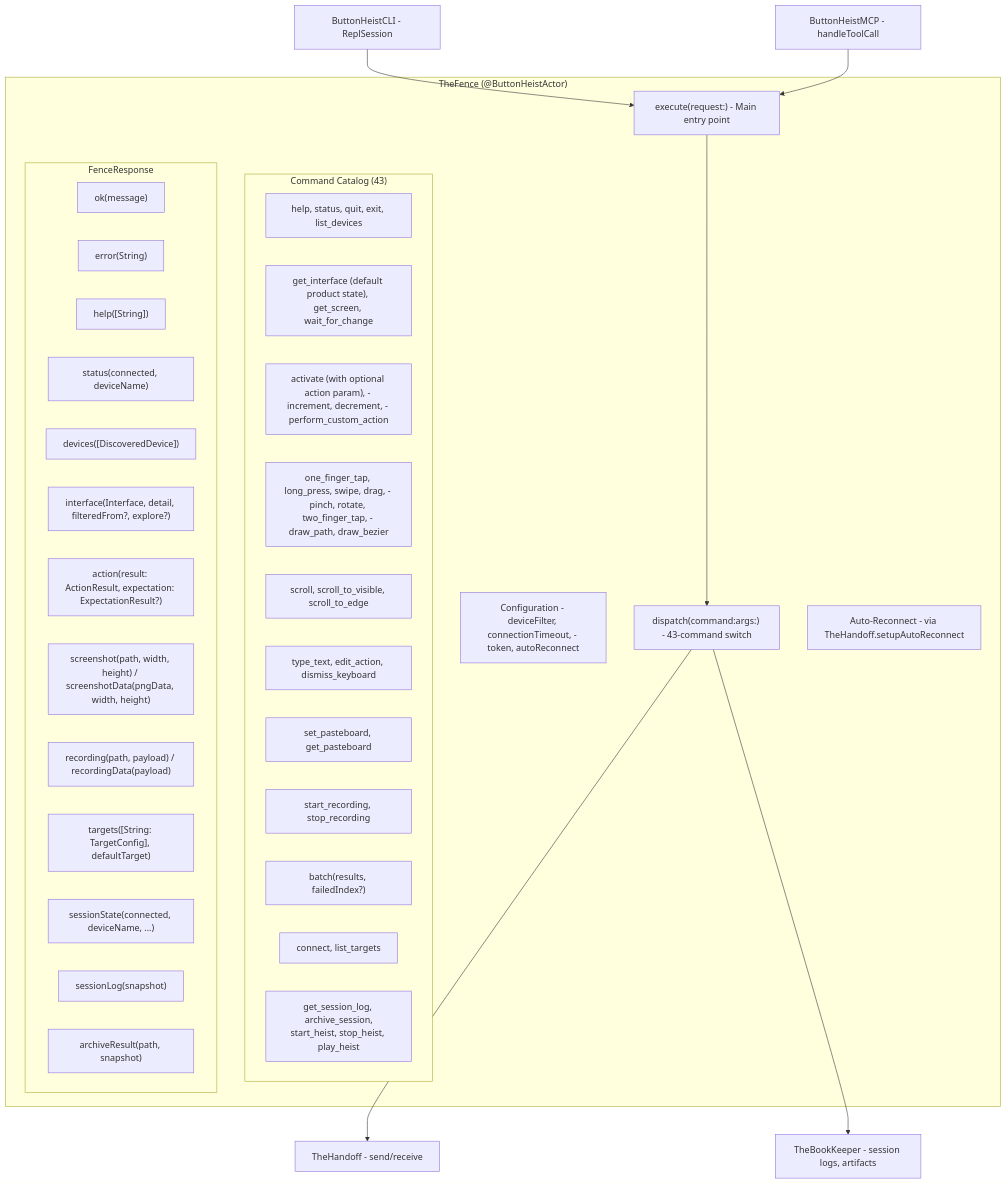
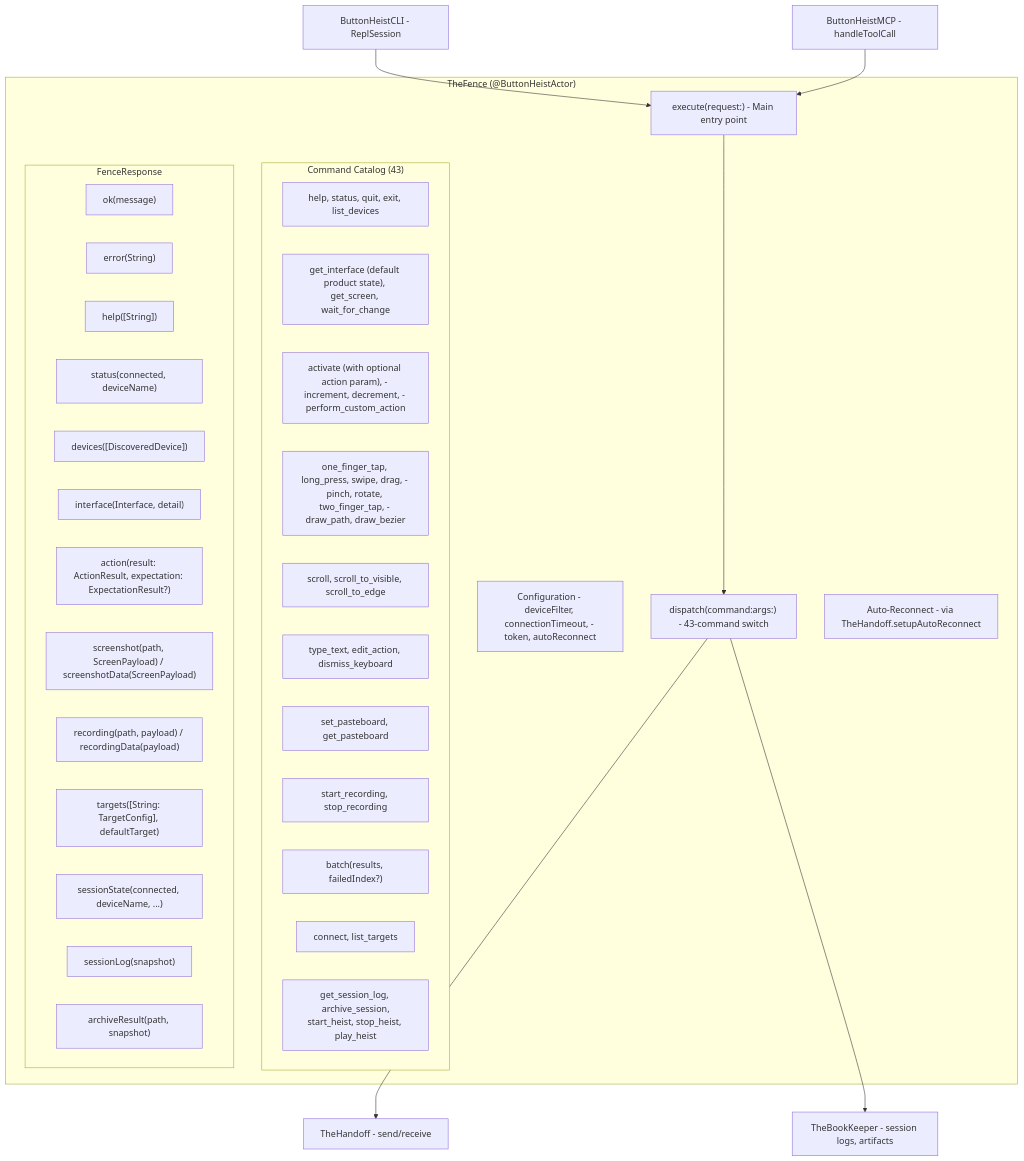
Before and after one commit to RoyalPineapple/TheButtonHeist: the first of 3 diagrams in docs/dossiers/03-THEFENCE.md, drawn with Mermaid. The commit also changed 126 other files, not shown here.

````diff
--- a/docs/dossiers/03-THEFENCE.md
+++ b/docs/dossiers/03-THEFENCE.md
@@ -29,46 +29,46 @@
 ```mermaid
 graph TD
     subgraph TheFence["TheFence (@ButtonHeistActor)"]
         Config["Configuration - deviceFilter, connectionTimeout, - token, autoReconnect"]
         Execute["execute(request:) - Main entry point"]
         Dispatch["dispatch(command:args:) - 43-command switch"]
         Reconnect["Auto-Reconnect - via TheHandoff.setupAutoReconnect"]
 
         subgraph Commands["Command Catalog (43)"]
             Conn["help, status, quit, exit, list_devices"]
             IF["get_interface (default product state), get_screen, wait_for_change"]
             Access["activate (with optional action param), - increment, decrement, - perform_custom_action"]
             Gesture["one_finger_tap, long_press, swipe, drag, - pinch, rotate, two_finger_tap, - draw_path, draw_bezier"]
             Scroll["scroll, scroll_to_visible, scroll_to_edge"]
             Text["type_text, edit_action, dismiss_keyboard"]
             Pasteboard["set_pasteboard, get_pasteboard"]
             Rec["start_recording, stop_recording"]
             Batch["run_batch, get_session_state, wait_for"]
             Target["connect, list_targets"]
             BookKeeper["get_session_log, archive_session,\nstart_heist, stop_heist, play_heist"]
         end
 
         subgraph Response["FenceResponse"]
             Ok["ok(message)"]
             Err["error(String)"]
             Help["help([String])"]
             Status["status(connected, deviceName)"]
             DevList["devices([DiscoveredDevice])"]
-            IFResp["interface(Interface, detail, filteredFrom?, explore?)"]
+            IFResp["interface(Interface, detail)"]
             Action["action(result: ActionResult, expectation: ExpectationResult?)"]
-            Screenshot["screenshot(path, width, height) / screenshotData(pngData, width, height)"]
+            Screenshot["screenshot(path, ScreenPayload) / screenshotData(ScreenPayload)"]
             Recording["recording(path, payload) / recordingData(payload)"]
             Targets["targets([String: TargetConfig], defaultTarget)"]
             Batch["batch(results, failedIndex?)"]
             SessionState["sessionState(connected, deviceName, ...)"]
             SessionLog["sessionLog(snapshot)"]
             ArchiveResult["archiveResult(path, snapshot)"]
         end
     end
 
     CLI["ButtonHeistCLI - ReplSession"] --> Execute
     MCP["ButtonHeistMCP - handleToolCall"] --> Execute
     Execute --> Dispatch
     Dispatch --> Client["TheHandoff - send/receive"]
     Dispatch --> BookKeeperObj["TheBookKeeper - session logs, artifacts"]
 ```
````
